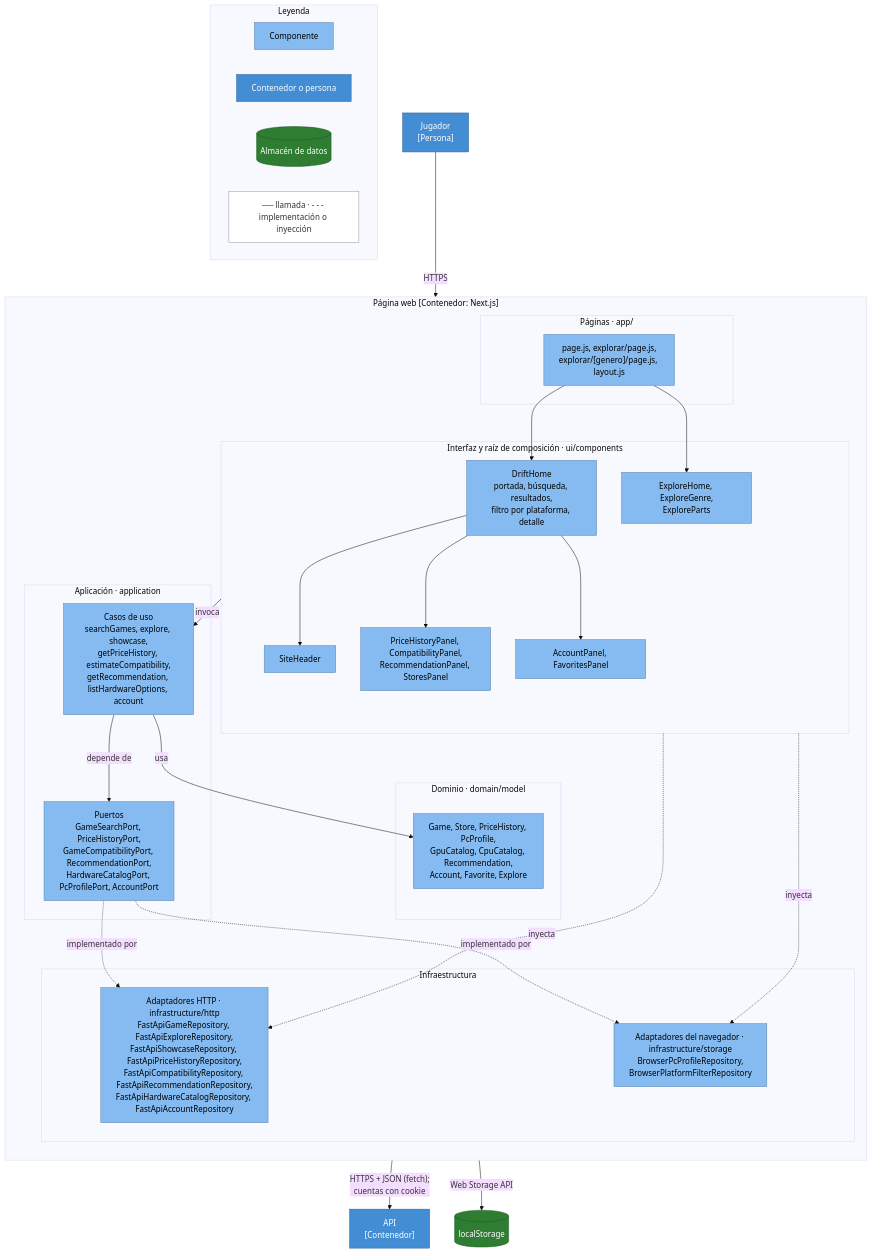
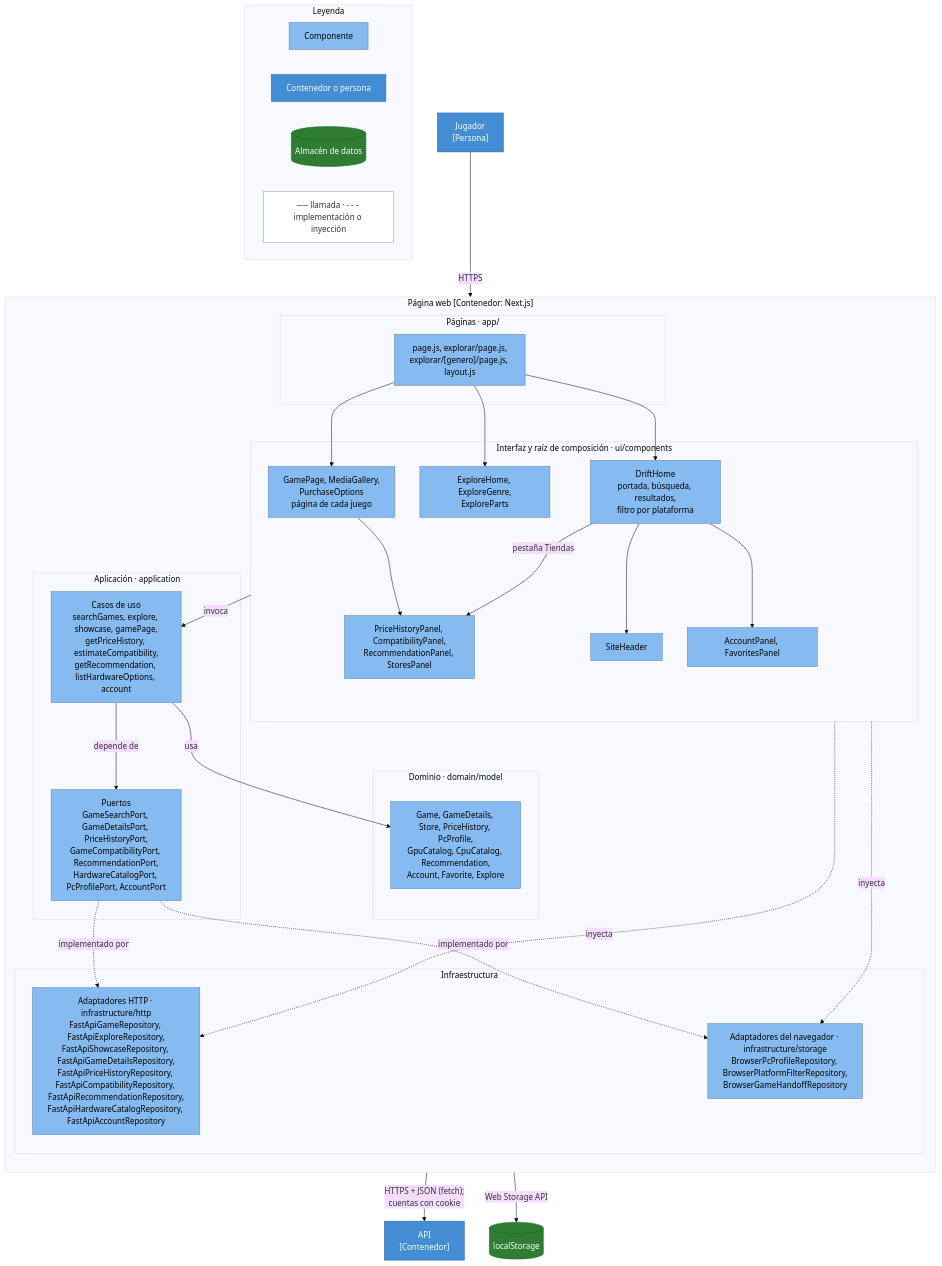
One commit to ISCOUTB/AS_202620_Drift changed the second of 5 diagrams in docs/c4/componentes.md. Above: the diagram before and after it, drawn with Mermaid (base theme). The commit also changed other lines of this file and 29 other files, not shown here.

First line of the commit message:
feat: página propia para cada juego, con su ficha y tráilers de Steam

````diff
--- a/docs/c4/componentes.md
+++ b/docs/c4/componentes.md
@@ -189,71 +192,74 @@
 ```mermaid
 flowchart TB
     USER["Jugador<br/>[Persona]"]
 
     subgraph WEB["Página web [Contenedor: Next.js]"]
         direction TB
 
         subgraph RUTAS["Páginas · app/"]
             PAGES["page.js, explorar/page.js,<br/>explorar/[genero]/page.js, layout.js"]
         end
 
         subgraph UI["Interfaz y raíz de composición · ui/components"]
-            HOME["DriftHome<br/>portada, búsqueda, resultados,<br/>filtro por plataforma, detalle"]
+            HOME["DriftHome<br/>portada, búsqueda, resultados,<br/>filtro por plataforma"]
+            GAME_PAGE["GamePage, MediaGallery,<br/>PurchaseOptions<br/>página de cada juego"]
             EXPLORE_UI["ExploreHome, ExploreGenre,<br/>ExploreParts"]
             HEADER["SiteHeader"]
             PANELS["PriceHistoryPanel, CompatibilityPanel,<br/>RecommendationPanel, StoresPanel"]
             ACCOUNT_UI["AccountPanel, FavoritesPanel"]
         end
 
         subgraph APP["Aplicación · application"]
-            USECASES["Casos de uso<br/>searchGames, explore, showcase,<br/>getPriceHistory, estimateCompatibility,<br/>getRecommendation, listHardwareOptions, account"]
-            WEB_PORTS["Puertos<br/>GameSearchPort, PriceHistoryPort,<br/>GameCompatibilityPort, RecommendationPort,<br/>HardwareCatalogPort, PcProfilePort, AccountPort"]
+            USECASES["Casos de uso<br/>searchGames, explore, showcase, gamePage,<br/>getPriceHistory, estimateCompatibility,<br/>getRecommendation, listHardwareOptions, account"]
+            WEB_PORTS["Puertos<br/>GameSearchPort, GameDetailsPort, PriceHistoryPort,<br/>GameCompatibilityPort, RecommendationPort,<br/>HardwareCatalogPort, PcProfilePort, AccountPort"]
         end
 
         subgraph DOM["Dominio · domain/model"]
-            WEB_MODEL["Game, Store, PriceHistory, PcProfile,<br/>GpuCatalog, CpuCatalog, Recommendation,<br/>Account, Favorite, Explore"]
+            WEB_MODEL["Game, GameDetails, Store, PriceHistory, PcProfile,<br/>GpuCatalog, CpuCatalog, Recommendation,<br/>Account, Favorite, Explore"]
         end
 
         subgraph INFRA["Infraestructura"]
-            HTTP_ADAPTERS["Adaptadores HTTP · infrastructure/http<br/>FastApiGameRepository, FastApiExploreRepository,<br/>FastApiShowcaseRepository, FastApiPriceHistoryRepository,<br/>FastApiCompatibilityRepository, FastApiRecommendationRepository,<br/>FastApiHardwareCatalogRepository, FastApiAccountRepository"]
-            STORAGE["Adaptadores del navegador · infrastructure/storage<br/>BrowserPcProfileRepository,<br/>BrowserPlatformFilterRepository"]
+            HTTP_ADAPTERS["Adaptadores HTTP · infrastructure/http<br/>FastApiGameRepository, FastApiExploreRepository,<br/>FastApiShowcaseRepository, FastApiGameDetailsRepository,<br/>FastApiPriceHistoryRepository, FastApiCompatibilityRepository, FastApiRecommendationRepository,<br/>FastApiHardwareCatalogRepository, FastApiAccountRepository"]
+            STORAGE["Adaptadores del navegador · infrastructure/storage<br/>BrowserPcProfileRepository, BrowserPlatformFilterRepository,<br/>BrowserGameHandoffRepository"]
         end
     end
 
     API["API<br/>[Contenedor]"]
     LOCAL[("localStorage")]
 
     USER -->|"HTTPS"| PAGES
     PAGES --> HOME
     PAGES --> EXPLORE_UI
+    PAGES --> GAME_PAGE
+    GAME_PAGE --> PANELS
+    HOME -->|"pestaña Tiendas"| PANELS
     HOME --> HEADER
-    HOME --> PANELS
     HOME --> ACCOUNT_UI
     UI -->|"invoca"| USECASES
     UI -.->|"inyecta"| HTTP_ADAPTERS
     UI -.->|"inyecta"| STORAGE
     USECASES -->|"depende de"| WEB_PORTS
     USECASES -->|"usa"| WEB_MODEL
     WEB_PORTS -.->|"implementado por"| HTTP_ADAPTERS
     WEB_PORTS -.->|"implementado por"| STORAGE
     HTTP_ADAPTERS -->|"HTTPS + JSON (fetch);<br/>cuentas con cookie"| API
     STORAGE -->|"Web Storage API"| LOCAL
 
     subgraph LEYENDA["Leyenda"]
         direction LR
         K1["Componente"]
         K2["Contenedor o persona"]
         K3[("Almacén de datos")]
         K4["── llamada · - - - implementación o inyección"]
     end
 
     classDef component fill:#85bbf0,stroke:#5d82a8,color:#000000
     classDef container fill:#438dd5,stroke:#2e6295,color:#ffffff
     classDef store fill:#2e7d32,stroke:#1b5e20,color:#ffffff
     classDef note fill:#ffffff,stroke:#999999,color:#333333
 
-    class PAGES,HOME,EXPLORE_UI,HEADER,PANELS,ACCOUNT_UI,USECASES,WEB_PORTS,WEB_MODEL,HTTP_ADAPTERS,STORAGE,K1 component
+    class PAGES,HOME,GAME_PAGE,EXPLORE_UI,HEADER,PANELS,ACCOUNT_UI,USECASES,WEB_PORTS,WEB_MODEL,HTTP_ADAPTERS,STORAGE,K1 component
     class USER,API,K2 container
     class LOCAL,K3 store
     class K4 note
 ```
````
